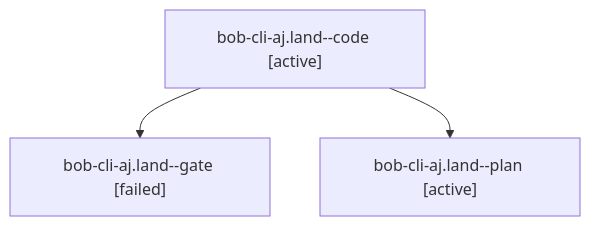
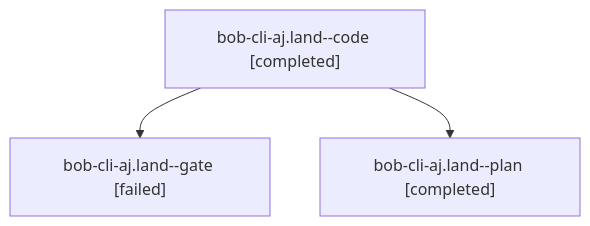
The diagram in sessions/bbugyi200.athena.bob-cli-aj.land.md (bobs-org/bob-cli--agents), drawn with Mermaid before and after one commit. The commit also changed other lines of this file and 69 other files, not shown here.

````diff
--- a/sessions/bbugyi200.athena.bob-cli-aj.land.md
+++ b/sessions/bbugyi200.athena.bob-cli-aj.land.md
@@ -9,8 +9,8 @@
 ```mermaid
 flowchart TD
-  n0["bob-cli-aj.land--code [active]"]
+  n0["bob-cli-aj.land--code [completed]"]
   n1["bob-cli-aj.land--gate [failed]"]
   n0 --> n1
-  n2["bob-cli-aj.land--plan [active]"]
+  n2["bob-cli-aj.land--plan [completed]"]
   n0 --> n2
 ```
````
